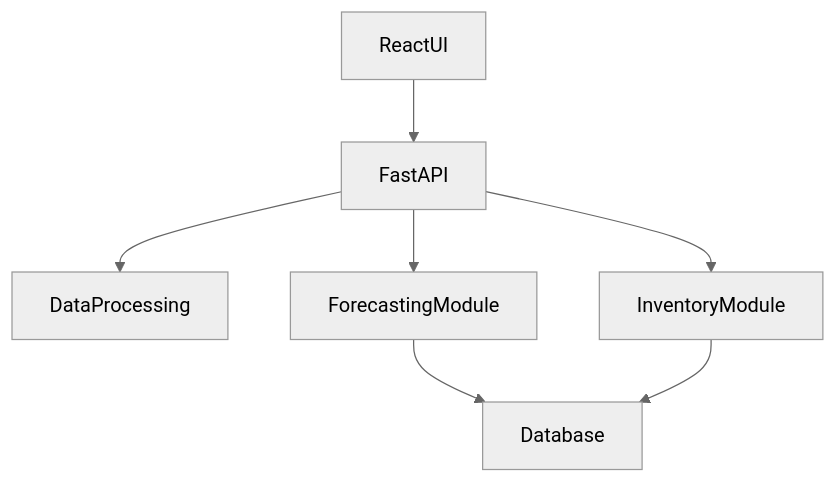
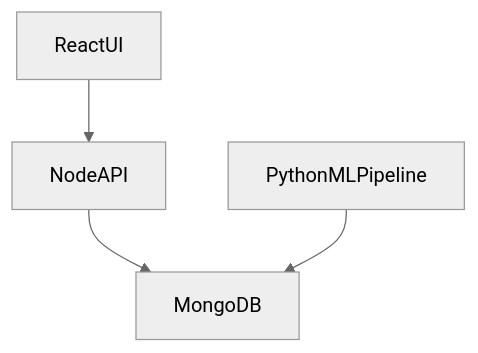
The third of 5 diagrams in README.md (shalini-saloni/Inventory_Demand_Forecasting_Tool), drawn with Mermaid (neutral theme) before and after one commit. The commit also changed other lines of this file, not shown here.

Commit message:
docs: update architecture to Node.js, MongoDB, React, and Python Pipeline

````diff
--- a/README.md
+++ b/README.md
@@ -136,9 +131,6 @@
 ```mermaid
 flowchart TD
-    ReactUI --> FastAPI
-    FastAPI --> DataProcessing
-    FastAPI --> ForecastingModule
-    FastAPI --> InventoryModule
-    ForecastingModule --> Database
-    InventoryModule --> Database
+    ReactUI --> NodeAPI
+    NodeAPI --> MongoDB
+    PythonMLPipeline --> MongoDB
 ```
````
